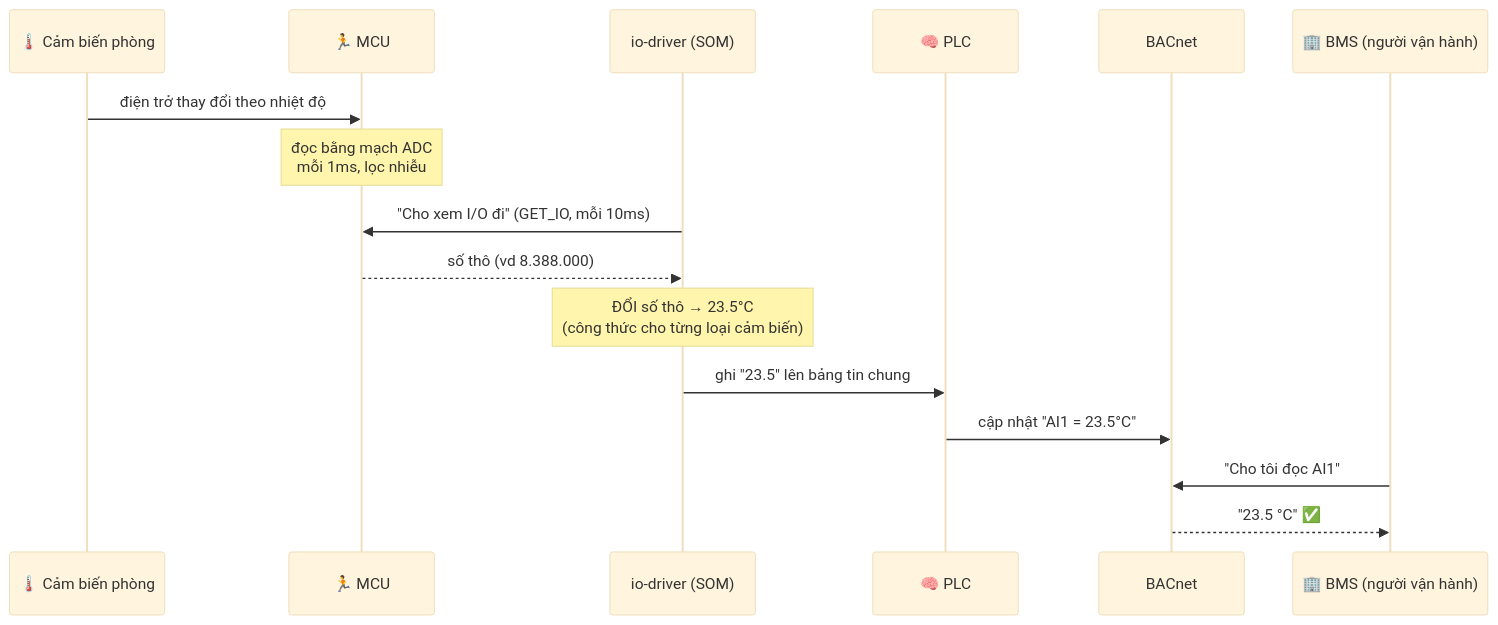
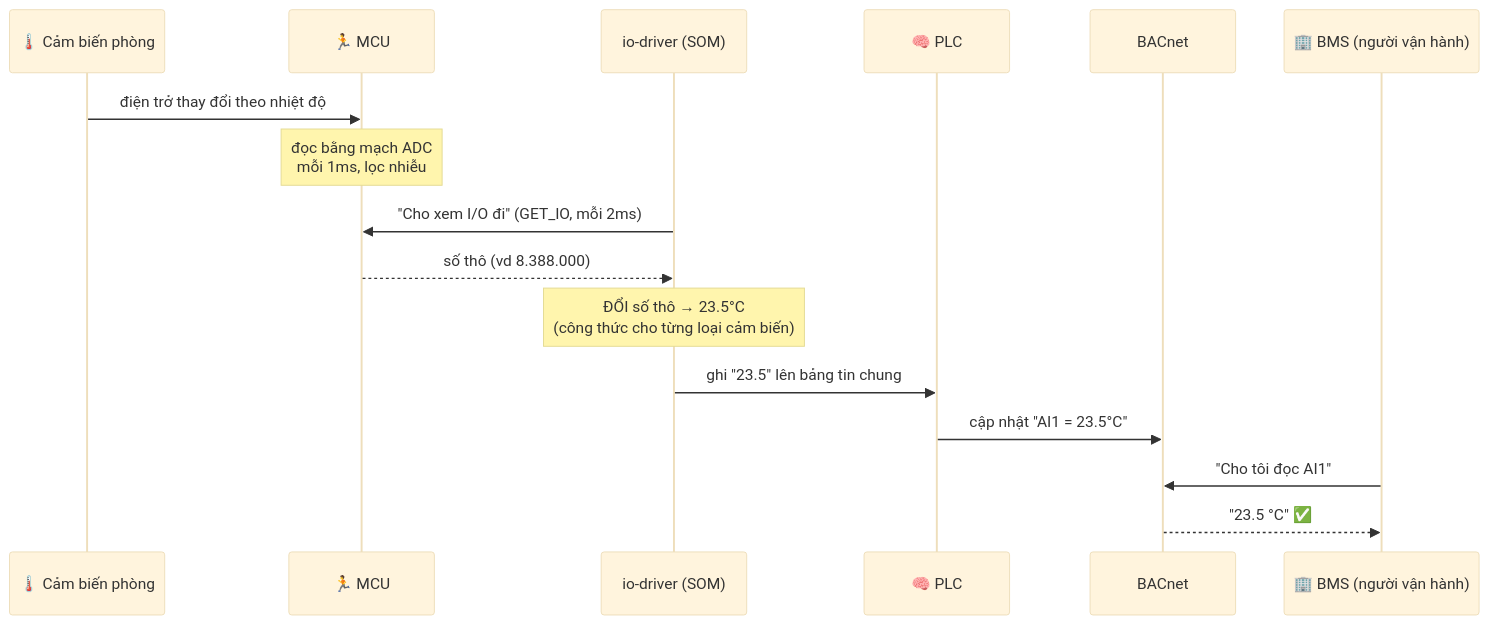
Before and after one commit to haizzdungnay/DDC24: the fifth of 9 diagrams in docs/00_management/KX-DDC24-SYS-ARCH-001_VI.md, drawn with Mermaid (base theme). The commit also changed other lines of this file and 96 other files, not shown here.

````diff
--- a/docs/00_management/KX-DDC24-SYS-ARCH-001_VI.md
+++ b/docs/00_management/KX-DDC24-SYS-ARCH-001_VI.md
@@ -177,19 +180,19 @@
 ```mermaid
 sequenceDiagram
   participant S as 🌡️ Cảm biến phòng
   participant M as 🏃 MCU
   participant D as io-driver (SOM)
   participant P as 🧠 PLC
   participant B as BACnet
   participant U as 🏢 BMS (người vận hành)
 
   S->>M: điện trở thay đổi theo nhiệt độ
   Note over M: đọc bằng mạch ADC<br/>mỗi 1ms, lọc nhiễu
-  D->>M: "Cho xem I/O đi" (GET_IO, mỗi 10ms)
+  D->>M: "Cho xem I/O đi" (GET_IO, mỗi 2ms)
   M-->>D: số thô (vd 8.388.000)
   Note over D: ĐỔI số thô → 23.5°C<br/>(công thức cho từng loại cảm biến)
   D->>P: ghi "23.5" lên bảng tin chung
   P->>B: cập nhật "AI1 = 23.5°C"
   U->>B: "Cho tôi đọc AI1"
   B-->>U: "23.5 °C" ✅
 ```
````
